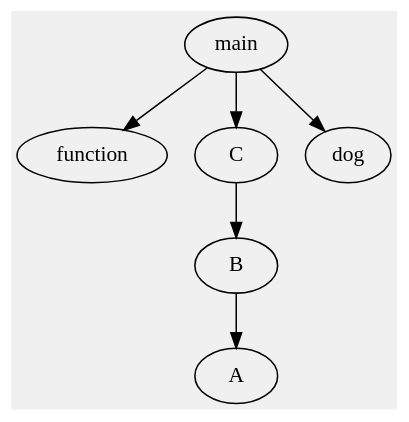
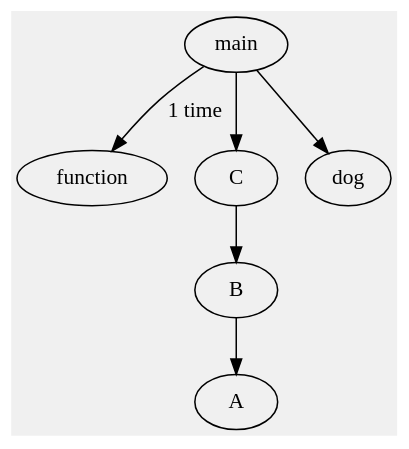
Before and after one commit to lililqth/aspectjPlugin: the diagram in src/com/aspectj/tree/example.dot, drawn with Graphviz. The commit also changed 2 other files, not shown here.

Commit message:
树状图中显示调用次数

```diff
--- a/src/com/aspectj/tree/example.dot
+++ b/src/com/aspectj/tree/example.dot
@@ -1,8 +1,8 @@
 digraph G{
 	bgcolor = "#f0f0f0";
-	main->function;
+	main->function[label = "1 time"];
 	main->C;
 	C->B;
 	B->A;
 	main->dog;
 }
```
